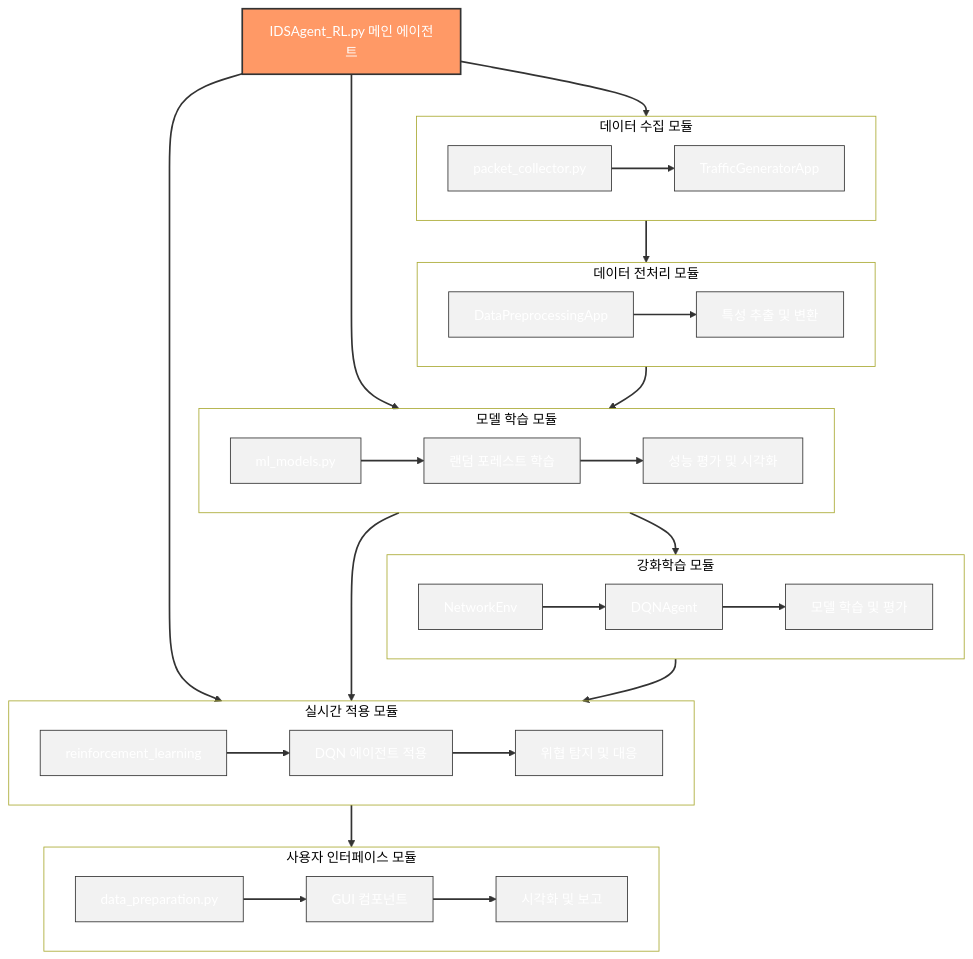
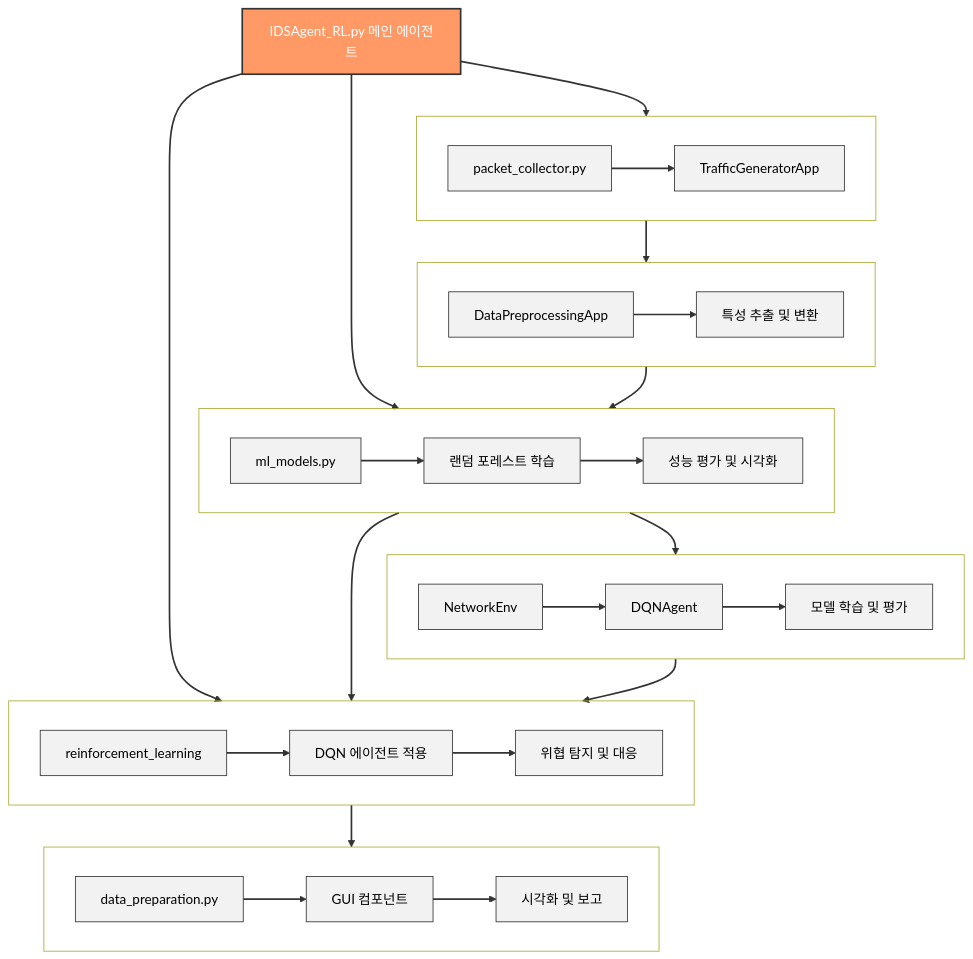
The fourth of 4 diagrams in README.md (Es5724/Intrusion_DetectionSystem_AIagent), drawn with Mermaid before and after one commit.

````diff
--- a/README.md
+++ b/README.md
@@ -275,59 +275,59 @@
 ```mermaid
 flowchart TB
     main["IDSAgent_RL.py 메인 에이전트"]
     
     main --> data
     main --> model
     main --> realtime
     
     %% 모듈 배치
     subgraph data["데이터 수집 모듈"]
         direction LR
         collector["packet_collector.py"] --> generator["TrafficGeneratorApp"]
     end
     
     subgraph preprocess["데이터 전처리 모듈"]
         direction LR
         preprocessing["DataPreprocessingApp"] --> features["특성 추출 및 변환"]
     end
     
     subgraph model["모델 학습 모듈"]
         direction LR
         ml["ml_models.py"] --> rf["랜덤 포레스트 학습"] --> eval["성능 평가 및 시각화"]
     end
     
     subgraph rl["강화학습 모듈"]
         direction LR
         env["NetworkEnv"] --> agent["DQNAgent"] --> train["모델 학습 및 평가"]
     end
     
     subgraph realtime["실시간 적용 모듈"]
         direction LR
         reinforce["reinforcement_learning"] --> dqn["DQN 에이전트 적용"] --> detect["위협 탐지 및 대응"]
     end
     
     subgraph ui["사용자 인터페이스 모듈"]
         direction LR
         prep["data_preparation.py"] --> components["GUI 컴포넌트"] --> visual["시각화 및 보고"]
     end
     
     %% 모듈 간 연결
     data --> preprocess
     preprocess --> model
     model --> realtime
     model --> rl
     rl --> realtime
     realtime --> ui
     
     %% 스타일 정의
     classDef moduleHeader fill:#f96,stroke:#333,stroke-width:2px,color:white;
     class main moduleHeader
     
-    classDef nodeText fill:#f2f2f2,stroke:#333,stroke-width:1px,color:white;
+    classDef nodeText fill:#f2f2f2,stroke:#333,stroke-width:1px,color:black;
     class collector,generator,preprocessing,features,ml,rf,eval,env,agent,train,reinforce,dqn,detect,prep,components,visual nodeText;
     
-    classDef subgraphText fill:transparent,color:black;
+    classDef subgraphText fill:transparent,color:white;
     class data,preprocess,model,rl,realtime,ui subgraphText;
     
     linkStyle default stroke:#333,stroke-width:2px;
 ```
````
